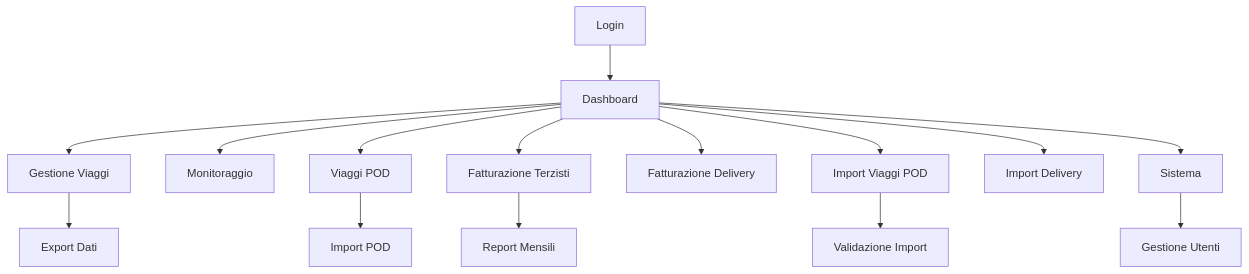
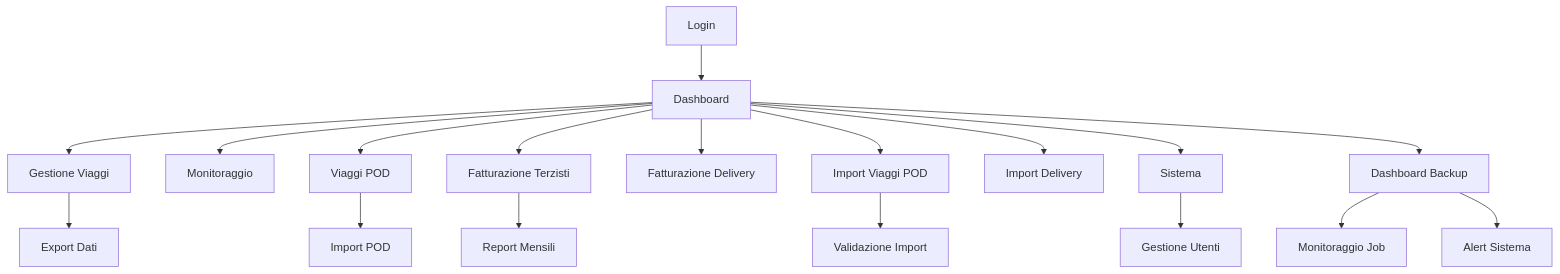
The diagram in .trae/documents/gestione_partesa_prd.md (Xena75/Gestione-Partesa), drawn with Mermaid before and after one commit. The commit also changed other lines of this file and 32 other files, not shown here.

First line of the commit message:
v2.1.0: Documentazione aggiornata, build test completato, sistema backup verificato

````diff
--- a/.trae/documents/gestione_partesa_prd.md
+++ b/.trae/documents/gestione_partesa_prd.md
@@ -75,17 +80,20 @@
 ```mermaid
 graph TD
   A[Login] --> B[Dashboard]
   B --> C[Gestione Viaggi]
   B --> D[Monitoraggio]
   B --> E[Viaggi POD]
   B --> F[Fatturazione Terzisti]
   B --> G[Fatturazione Delivery]
   B --> H[Import Viaggi POD]
   B --> I[Import Delivery]
   B --> J[Sistema]
-  C --> K[Export Dati]
-  E --> L[Import POD]
-  F --> M[Report Mensili]
-  H --> N[Validazione Import]
-  J --> O[Gestione Utenti]
+  B --> K[Dashboard Backup]
+  C --> L[Export Dati]
+  E --> M[Import POD]
+  F --> N[Report Mensili]
+  H --> O[Validazione Import]
+  J --> P[Gestione Utenti]
+  K --> Q[Monitoraggio Job]
+  K --> R[Alert Sistema]
 ```
````
